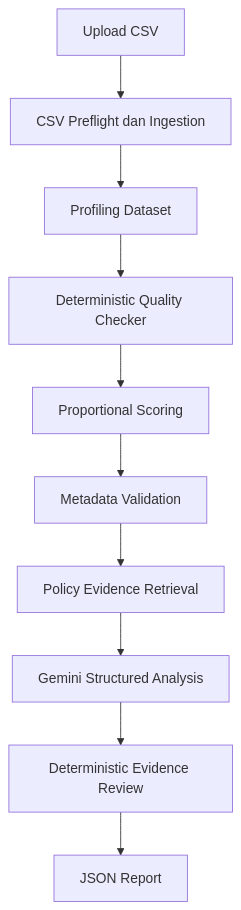
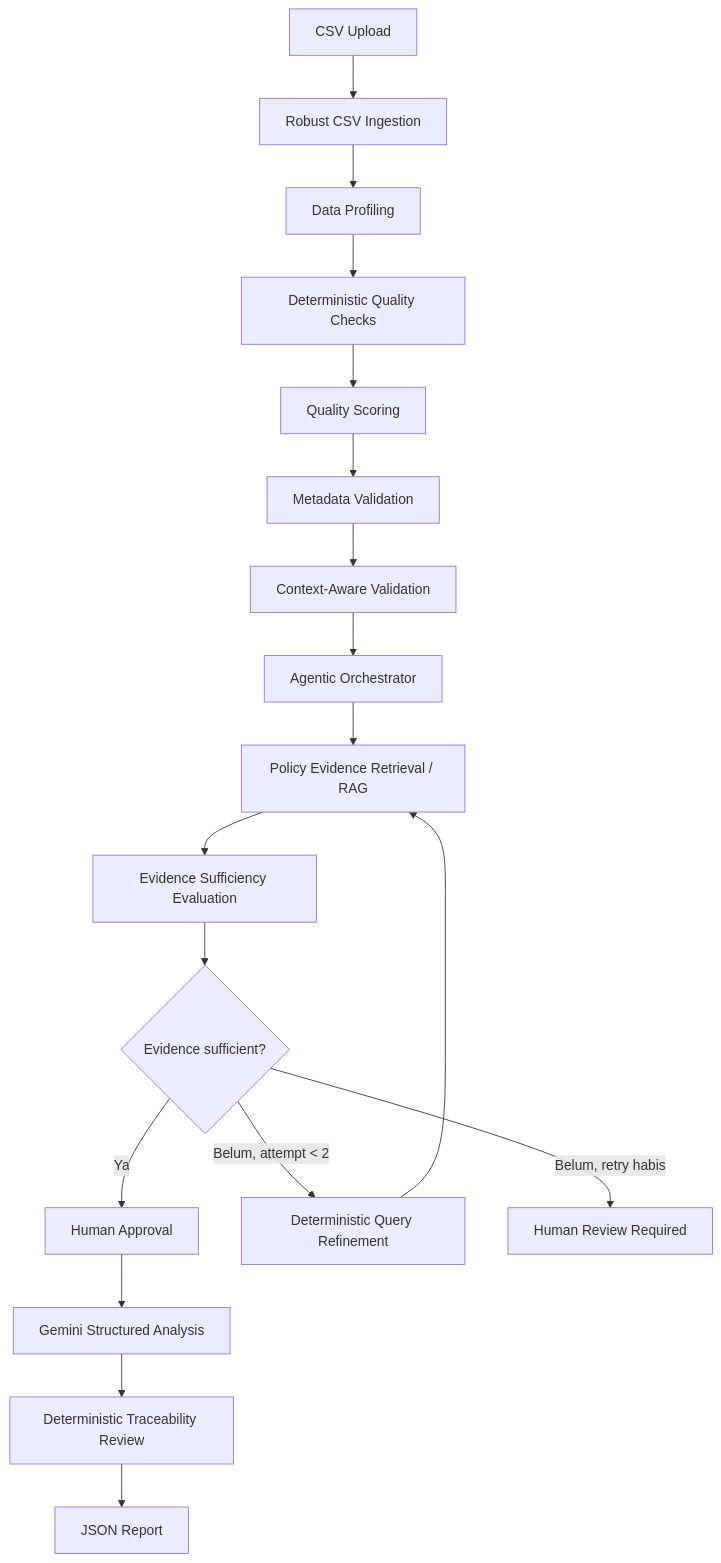
One commit to DevonMaulana/Projek-Machine-Learning-Metaguard changed the diagram in README.md. Above: the diagram before and after it, drawn with Mermaid. The commit also changed other lines of this file and 3 other files, not shown here.

Commit message:
Document MetaGuard v0.2 architecture and testing

````diff
--- a/README.md
+++ b/README.md
@@ -56,12 +42,20 @@
 ```mermaid
 flowchart TD
-    A[Upload CSV] --> B[CSV Preflight dan Ingestion]
-    B --> C[Profiling Dataset]
-    C --> D[Deterministic Quality Checker]
-    D --> E[Proportional Scoring]
+    A[CSV Upload] --> B[Robust CSV Ingestion]
+    B --> C[Data Profiling]
+    C --> D[Deterministic Quality Checks]
+    D --> E[Quality Scoring]
     E --> F[Metadata Validation]
-    F --> G[Policy Evidence Retrieval]
-    G --> H[Gemini Structured Analysis]
-    H --> I[Deterministic Evidence Review]
-    I --> J[JSON Report]
+    F --> G[Context-Aware Validation]
+    G --> H[Agentic Orchestrator]
+    H --> I[Policy Evidence Retrieval / RAG]
+    I --> J[Evidence Sufficiency Evaluation]
+    J --> K{Evidence sufficient?}
+    K -->|Ya| L[Human Approval]
+    K -->|Belum, attempt < 2| M[Deterministic Query Refinement]
+    M --> I
+    K -->|Belum, retry habis| N[Human Review Required]
+    L --> O[Gemini Structured Analysis]
+    O --> P[Deterministic Traceability Review]
+    P --> Q[JSON Report]
 ```
````
